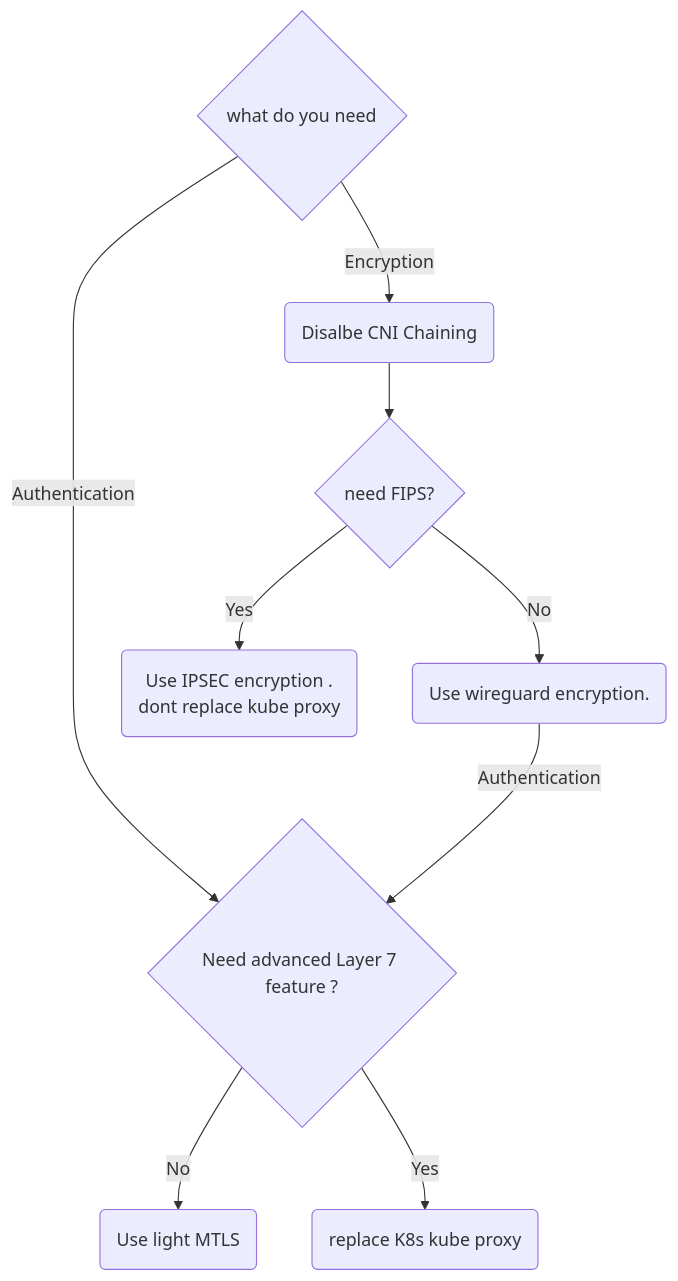
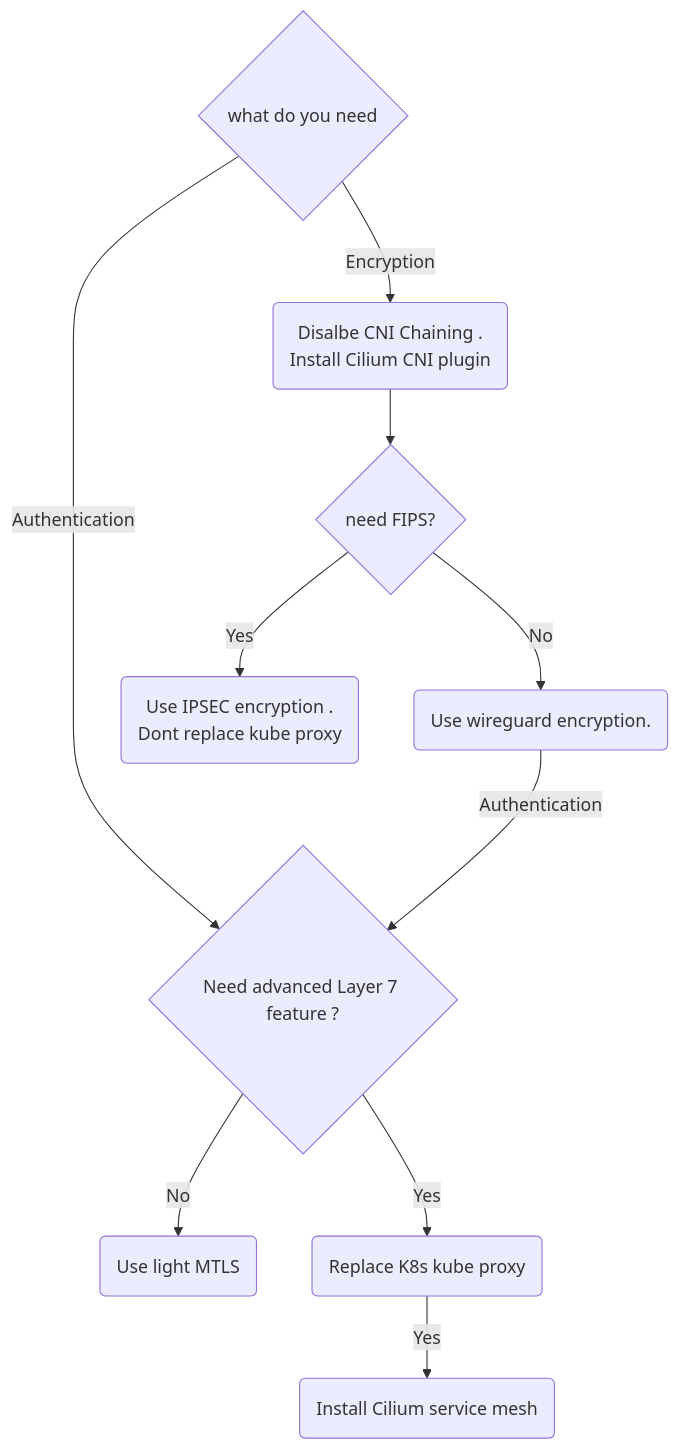
The diagram in README.md (yanivpaz/cilium-deployment), drawn with Mermaid before and after one commit. The commit also changed other lines of this file, not shown here.

````diff
--- a/README.md
+++ b/README.md
@@ -6,13 +5,13 @@
 ```mermaid
 graph TD
    A{what do you need }
    A -->|Authentication| B{Need advanced Layer 7 feature ?} 
    B -->|No| D(Use light MTLS)
-   B -->|Yes| E(replace K8s kube proxy)
+   B -->|Yes| E(Replace K8s kube proxy)
+   E -->|Yes| M(Install Cilium service mesh)
 
-
-   A -->|Encryption|H(Disalbe CNI Chaining  )
+   A -->|Encryption|H(Disalbe CNI Chaining .<br> Install Cilium CNI plugin )
    H -->  C{need FIPS?} -->|No| G(Use wireguard encryption.)
    G --> |Authentication| B
-   C -->|Yes | F(Use IPSEC encryption .<br> dont replace kube proxy)
+   C -->|Yes | F(Use IPSEC encryption .<br> Dont replace kube proxy)
 ```
````
